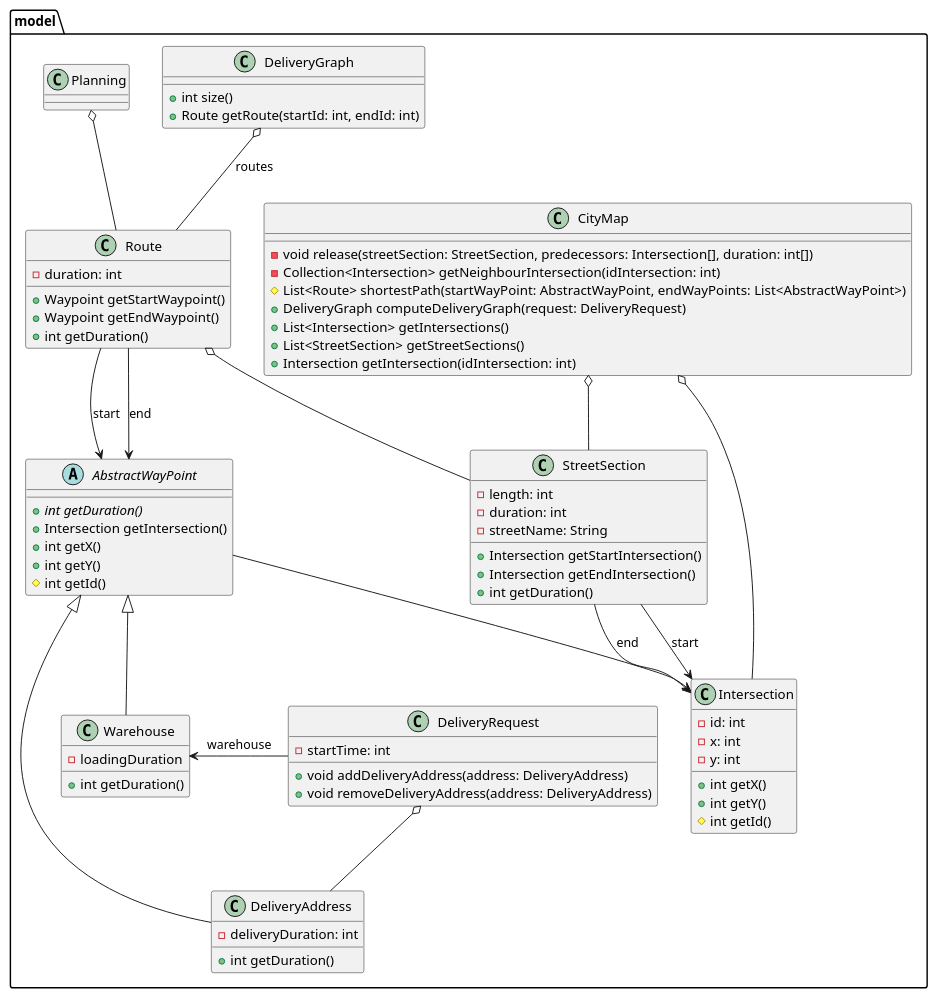
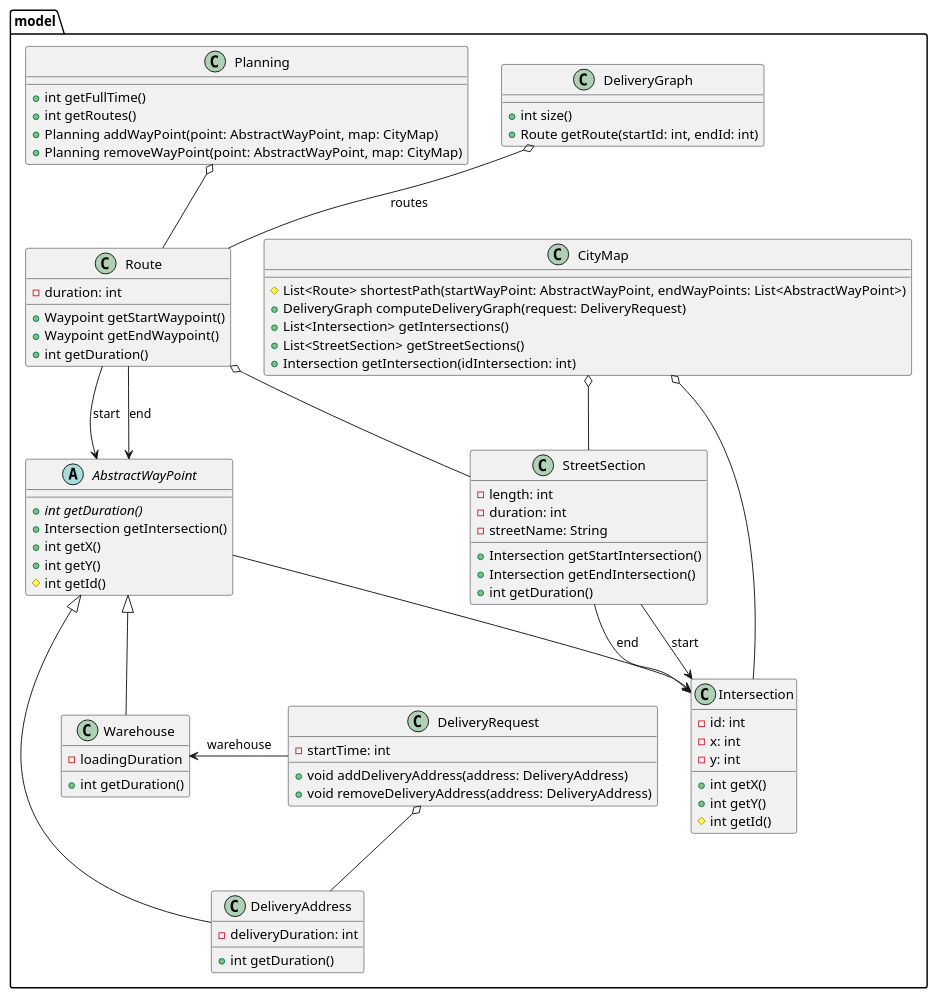
Before and after one commit to if-h4102/pld-agile: the diagram in docs/uml/package.model.puml, drawn with PlantUML.

Commit message:
Updated package.model uml

```diff
--- a/docs/uml/package.model.puml
+++ b/docs/uml/package.model.puml
@@ -1,89 +1,91 @@
 @startuml
 
 package model {
     class CityMap {
-       -void release(streetSection: StreetSection, predecessors: Intersection[], duration: int[])
-       -Collection<Intersection> getNeighbourIntersection(idIntersection: int)
        #List<Route> shortestPath(startWayPoint: AbstractWayPoint, endWayPoints: List<AbstractWayPoint>)
        +DeliveryGraph computeDeliveryGraph(request: DeliveryRequest)
        +List<Intersection> getIntersections()
        +List<StreetSection> getStreetSections()
        +Intersection getIntersection(idIntersection: int)
     }
 
     class DeliveryGraph {
         +int size()
         +Route getRoute(startId: int, endId: int)
     }
 
     class StreetSection {
         -length: int
         -duration: int
         -streetName: String
         +Intersection getStartIntersection()
         +Intersection getEndIntersection()
         +int getDuration()
     }
 
     class Intersection {
         -id: int
         -x: int
         -y: int
         +int getX()
         +int getY()
         #int getId()
     }
 
     abstract class AbstractWayPoint {
         +{abstract} int getDuration()
         +Intersection getIntersection()
         +int getX()
         +int getY()
         #int getId()
     }
 
     class DeliveryAddress {
         -deliveryDuration: int
         +int getDuration()
     }
 
     class Warehouse {
         -loadingDuration
         +int getDuration()
     }
 
     class DeliveryRequest {
         -startTime: int
         +void addDeliveryAddress(address: DeliveryAddress)
         +void removeDeliveryAddress(address: DeliveryAddress)
     }
 
     class Planning {
+        +int getFullTime()
+        +int getRoutes()
+        +Planning addWayPoint(point: AbstractWayPoint, map: CityMap)
+        +Planning removeWayPoint(point: AbstractWayPoint, map: CityMap)
     }
 
     class Route {
         -duration: int
         +Waypoint getStartWaypoint()
         +Waypoint getEndWaypoint()
         +int getDuration()
     }
 
     CityMap o-- StreetSection
     CityMap o-- Intersection
     AbstractWayPoint --> Intersection
     StreetSection --> Intersection : end
     StreetSection --> Intersection : start
     Route o-- StreetSection
     Route --> AbstractWayPoint : end
     Route --> AbstractWayPoint : start
     AbstractWayPoint <|-- DeliveryAddress
     AbstractWayPoint <|-- Warehouse
     DeliveryRequest o-- DeliveryAddress
     DeliveryRequest -left-> Warehouse : warehouse
     DeliveryGraph o-- Route : routes
     Planning o-- Route
 }
 
 
 
 @enduml
```
